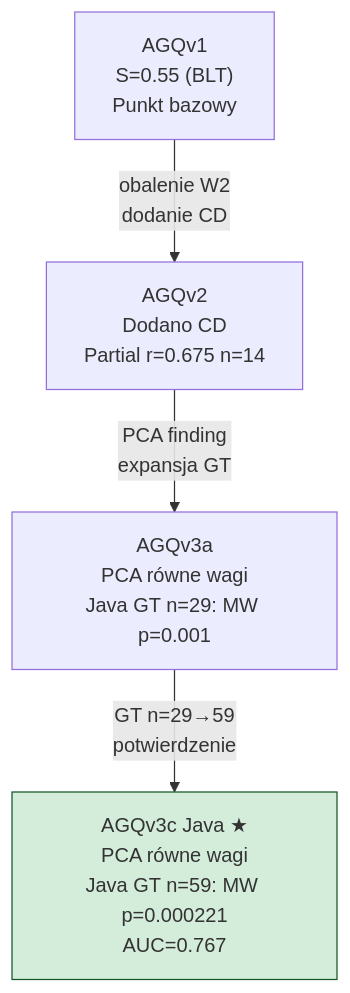
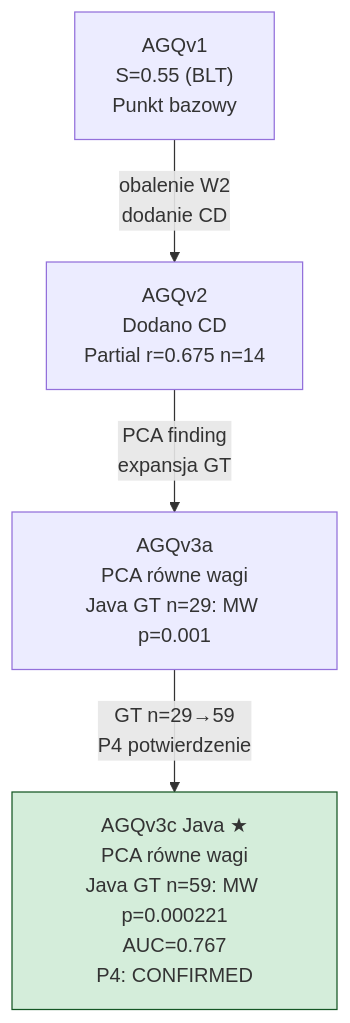
The diagram in docs/qse-wiki/03 Formulas/AGQv3c Java.md (PiotrGry/qse-pkg), drawn with Mermaid before and after one commit. The commit also changed other lines of this file and 9 other files, not shown here.

````diff
--- a/docs/qse-wiki/03 Formulas/AGQv3c Java.md
+++ b/docs/qse-wiki/03 Formulas/AGQv3c Java.md
@@ -102,13 +134,13 @@
 ```mermaid
 graph TD
     v1["AGQv1\nS=0.55 (BLT)\nPunkt bazowy"]
     v2["AGQv2\nDodano CD\nPartial r=0.675 n=14"]
     v3a["AGQv3a\nPCA równe wagi\nJava GT n=29: MW p=0.001"]
-    v3c["AGQv3c Java ★\nPCA równe wagi\nJava GT n=59: MW p=0.000221\nAUC=0.767"]
+    v3c["AGQv3c Java ★\nPCA równe wagi\nJava GT n=59: MW p=0.000221\nAUC=0.767\nP4: CONFIRMED"]
 
     v1 -->|"obalenie W2\ndodanie CD"| v2
     v2 -->|"PCA finding\nexpansja GT"| v3a
-    v3a -->|"GT n=29→59\npotwierdzenie"| v3c
+    v3a -->|"GT n=29→59\nP4 potwierdzenie"| v3c
 
     style v3c fill:#d4edda,stroke:#155724
 ```
````
